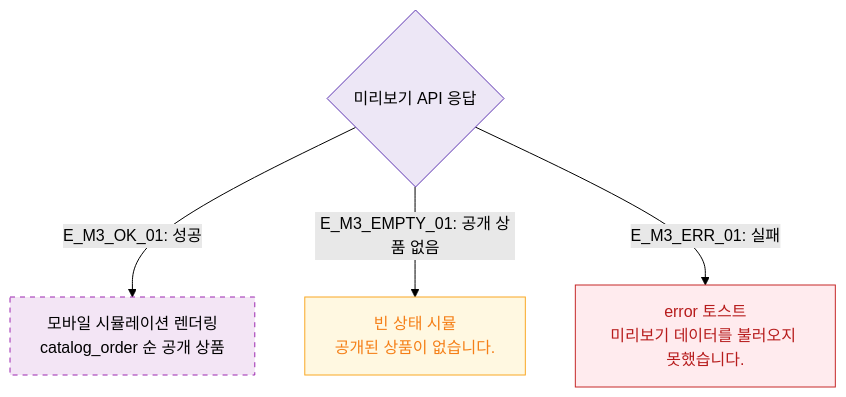
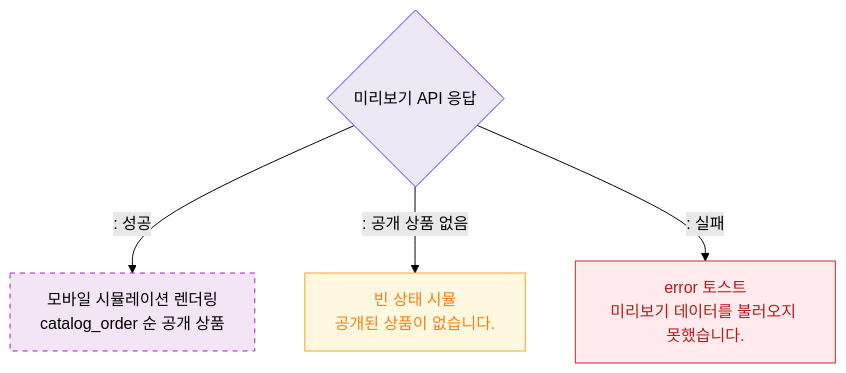
The diagram in docs/다이어그램/D05_상품관리/DLG/DLG-P009_카탈로그미리보기/M3_결과분기.md (dev-spogym/admin-pando), drawn with Mermaid (forest theme) before and after one commit. The commit also changed other lines of this file and 1660 other files, not shown here.

First line of the commit message:
다이어그램: 기획자/클라이언트 납품본으로 정리

````diff
--- a/docs/다이어그램/D05_상품관리/DLG/DLG-P009_카탈로그미리보기/M3_결과분기.md
+++ b/docs/다이어그램/D05_상품관리/DLG/DLG-P009_카탈로그미리보기/M3_결과분기.md
@@ -16,15 +14,15 @@
 ```mermaid
 flowchart TD
-    PreviewAPI{미리보기 API 응답} -->|"E_M3_OK_01: 성공"| ShowSim[모바일 시뮬레이션 렌더링\ncatalog_order 순 공개 상품]
-    PreviewAPI -->|"E_M3_EMPTY_01: 공개 상품 없음"| EmptyState[빈 상태 시뮬\n공개된 상품이 없습니다.]
-    PreviewAPI -->|"E_M3_ERR_01: 실패"| ErrState[error 토스트\n미리보기 데이터를 불러오지 못했습니다.]
+    PreviewAPI{미리보기 API 응답} -->|": 성공"|ShowSim[모바일 시뮬레이션 렌더링\ncatalog_order 순 공개 상품]
+    PreviewAPI -->|": 공개 상품 없음"|EmptyState[빈 상태 시뮬\n공개된 상품이 없습니다.]
+    PreviewAPI -->|": 실패"|ErrState[error 토스트\n미리보기 데이터를 불러오지 못했습니다.]
 
     classDef newFeature fill:#F3E5F5,stroke:#9C27B0,stroke-dasharray:5 5
     classDef warning fill:#FFF8E1,stroke:#F9A825,color:#F57F17
     classDef error fill:#FFEBEE,stroke:#C62828,color:#B71C1C
     classDef system fill:#EDE7F6,stroke:#5E35B2
     class ShowSim newFeature
     class EmptyState warning
     class ErrState error
     class PreviewAPI system
 ```
````
